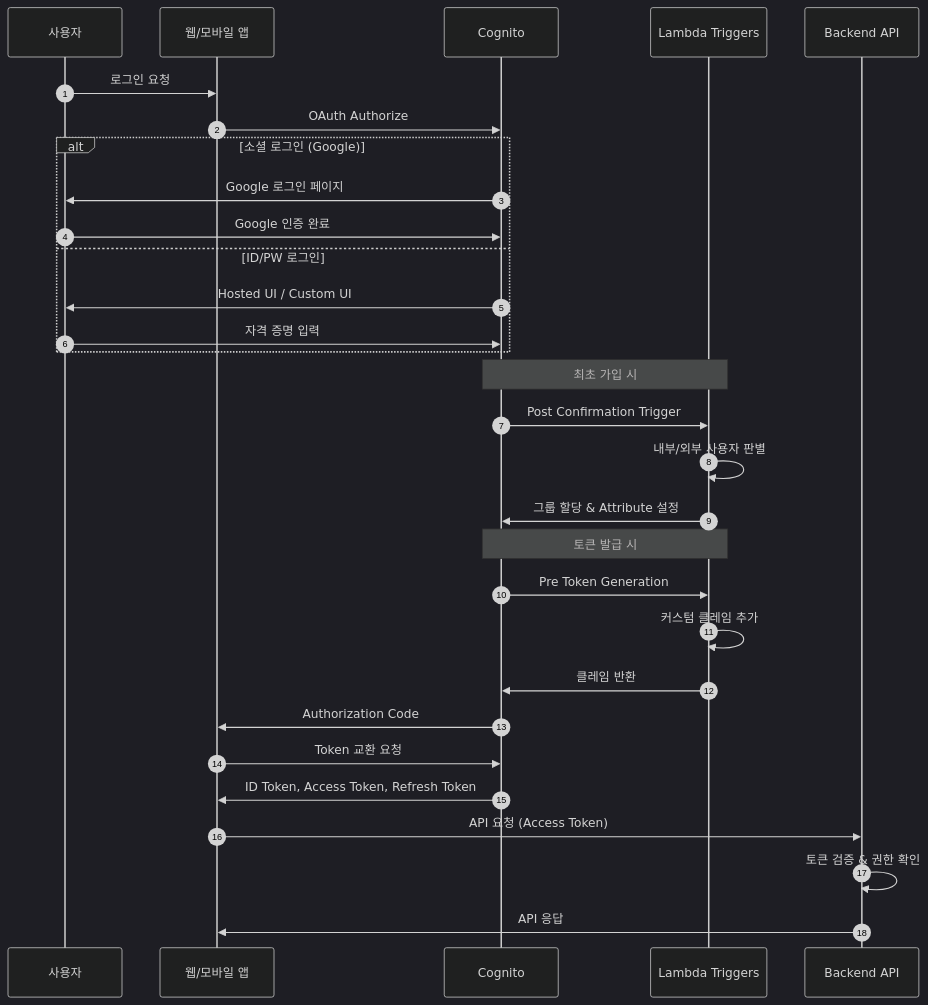
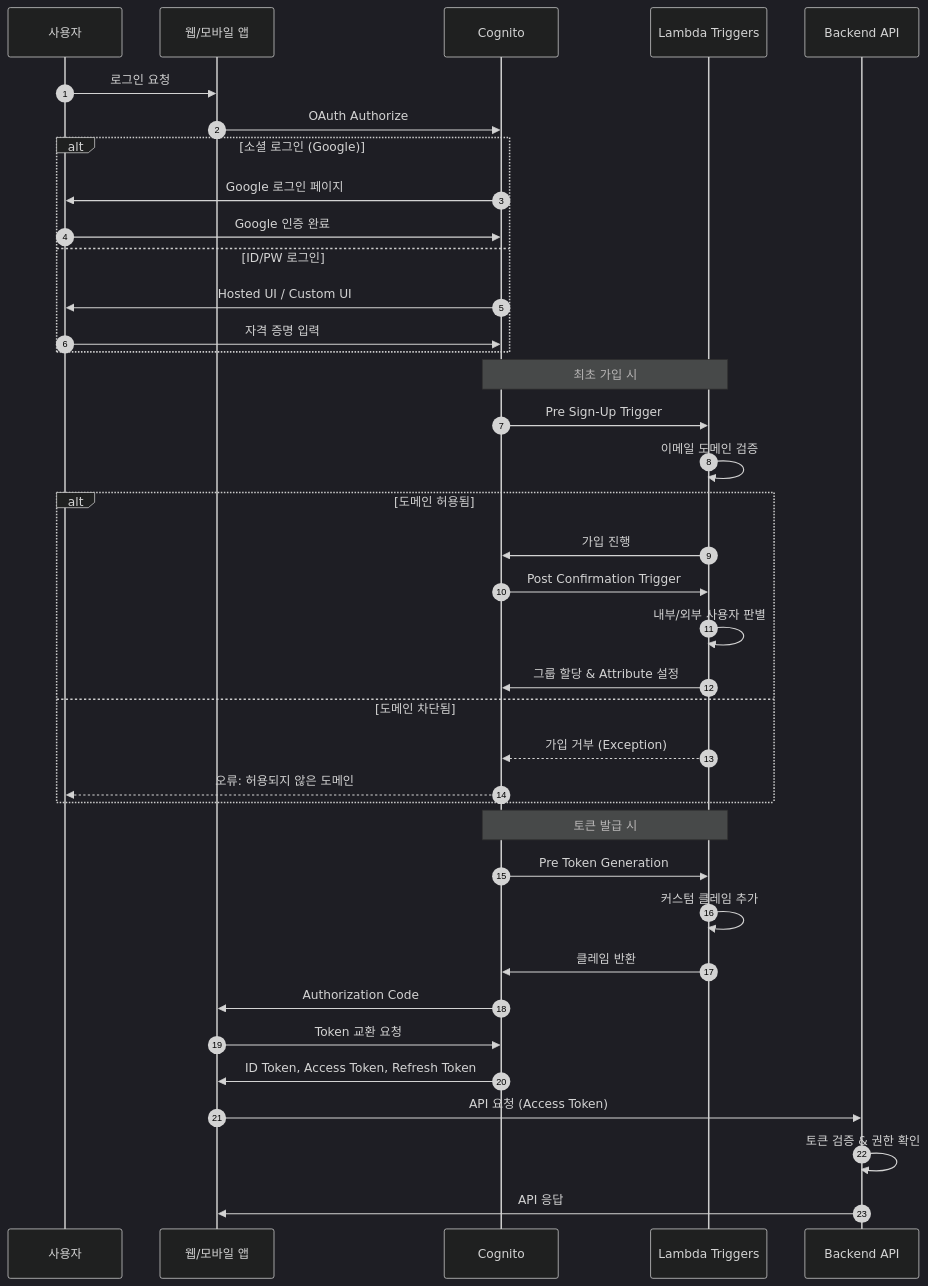
Before and after one commit to heungh/cognito_test: the second of 6 diagrams in README.md, drawn with Mermaid (dark theme). The commit also changed other lines of this file, not shown here.

````diff
--- a/README.md
+++ b/README.md
@@ -94,38 +96,46 @@
 ```mermaid
 sequenceDiagram
     autonumber
     participant User as 사용자
     participant App as 웹/모바일 앱
     participant Cognito as Cognito
     participant Lambda as Lambda Triggers
     participant Backend as Backend API
 
     User->>App: 로그인 요청
     App->>Cognito: OAuth Authorize
 
     alt 소셜 로그인 (Google)
         Cognito->>User: Google 로그인 페이지
         User->>Cognito: Google 인증 완료
     else ID/PW 로그인
         Cognito->>User: Hosted UI / Custom UI
         User->>Cognito: 자격 증명 입력
     end
 
     Note over Cognito,Lambda: 최초 가입 시
-    Cognito->>Lambda: Post Confirmation Trigger
-    Lambda->>Lambda: 내부/외부 사용자 판별
-    Lambda->>Cognito: 그룹 할당 & Attribute 설정
+    Cognito->>Lambda: Pre Sign-Up Trigger
+    Lambda->>Lambda: 이메일 도메인 검증
+    alt 도메인 허용됨
+        Lambda->>Cognito: 가입 진행
+        Cognito->>Lambda: Post Confirmation Trigger
+        Lambda->>Lambda: 내부/외부 사용자 판별
+        Lambda->>Cognito: 그룹 할당 & Attribute 설정
+    else 도메인 차단됨
+        Lambda-->>Cognito: 가입 거부 (Exception)
+        Cognito-->>User: 오류: 허용되지 않은 도메인
+    end
 
     Note over Cognito,Lambda: 토큰 발급 시
     Cognito->>Lambda: Pre Token Generation
     Lambda->>Lambda: 커스텀 클레임 추가
     Lambda->>Cognito: 클레임 반환
 
     Cognito->>App: Authorization Code
     App->>Cognito: Token 교환 요청
     Cognito->>App: ID Token, Access Token, Refresh Token
 
     App->>Backend: API 요청 (Access Token)
     Backend->>Backend: 토큰 검증 & 권한 확인
     Backend->>App: API 응답
 ```
````
